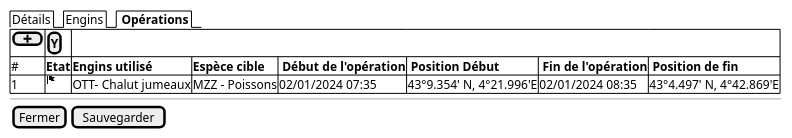
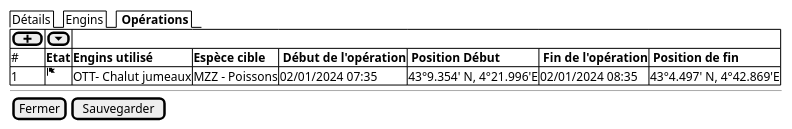
Before and after one commit to sumaris-net/sumaris-doc: the diagram in projects/obsmer/spe/images/operations-table.puml, drawn with PlantUML. The commit also changed 14 other files, not shown here.

```diff
--- a/projects/obsmer/spe/images/operations-table.puml
+++ b/projects/obsmer/spe/images/operations-table.puml
@@ -1,19 +1,19 @@
 @startsalt
 {
 
   {/  Détails | Engins | <b> Opérations  }
 
 
 	{#
-      [ <&plus>] | [<b>Y]
+      [ <&plus>] | [<&caret-bottom>]
       # | <b>Etat | <b>Engins utilisé     | <b>Espèce cible   | <b> Début de l'opération | <b> Position Début | <b> Fin de l'opération | <b> Position de fin
       1 | <&flag>| OTT- Chalut jumeaux                | MZZ - Poissons | 02/01/2024 07:35 | 43°9.354' N, 4°21.996'E  | 02/01/2024 08:35 | 43°4.497' N, 4°42.869'E |
     }
 
   --
 
   {
     [Fermer] | [Sauvegarder]
   }
 }
 @endsalt
```
